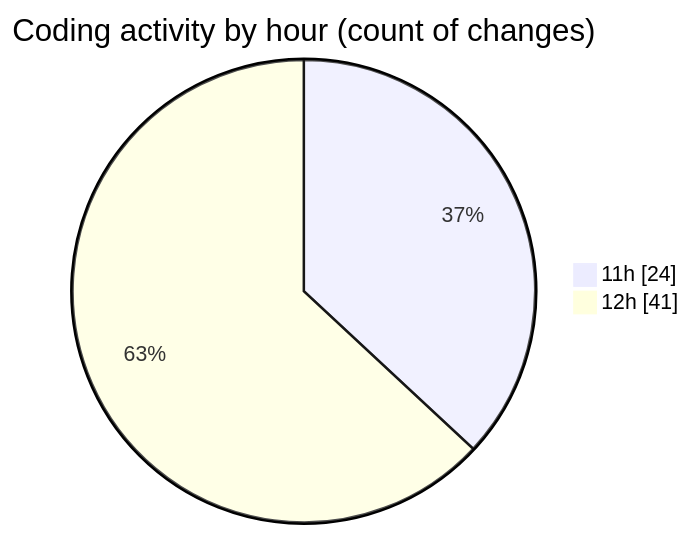
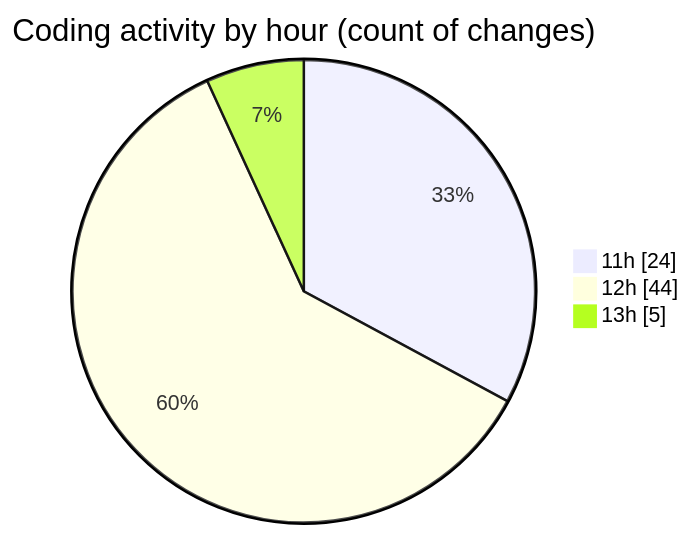
One commit to nxtqubesakshisongat/code-tracking changed the second of 2 diagrams in 2025-05-10/argos-dev/README.md. Above: the diagram before and after it, drawn with Mermaid. The commit also changed other lines of this file and 1 other file, not shown here.

````diff
--- a/2025-05-10/argos-dev/README.md
+++ b/2025-05-10/argos-dev/README.md
@@ -29,6 +29,7 @@
 ```mermaid
 pie showData
 title Coding activity by hour (count of changes)
 "11h" : 24
-"12h" : 41
+"12h" : 44
+"13h" : 5
 ```
````
